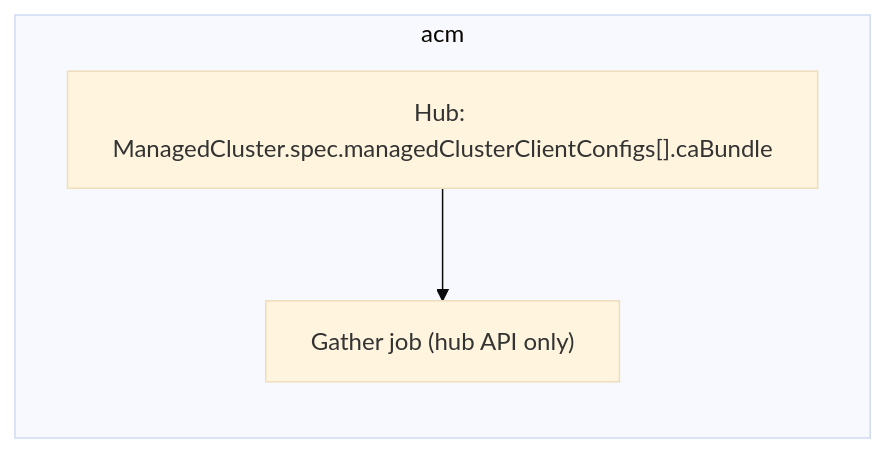
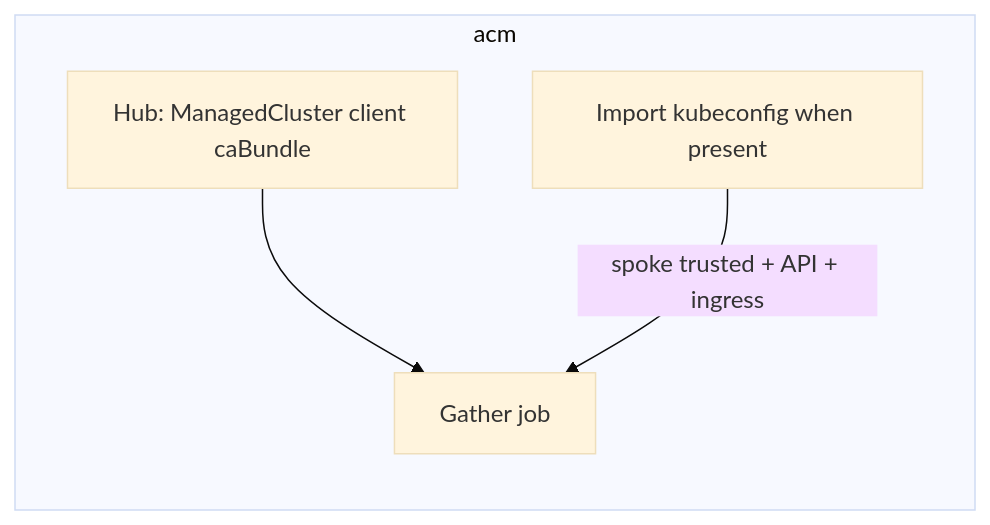
The second of 6 diagrams in README.md (mhjacks/vp-manage-proxy-cluster-ca-chart), drawn with Mermaid (base theme) before and after one commit. The commit also changed other lines of this file and 5 other files, not shown here.

````diff
--- a/README.md
+++ b/README.md
@@ -75,8 +75,10 @@
 ```mermaid
 flowchart LR
   subgraph acm["acm"]
-    MC["Hub: ManagedCluster.spec.managedClusterClientConfigs[].caBundle"]
-    JOB1["Gather job (hub API only)"]
+    MC["Hub: ManagedCluster client caBundle"]
+    IMP2["Import kubeconfig when present"]
+    JOB1["Gather job"]
     MC --> JOB1
+    IMP2 -->|"spoke trusted + API + ingress"| JOB1
   end
 ```
````
